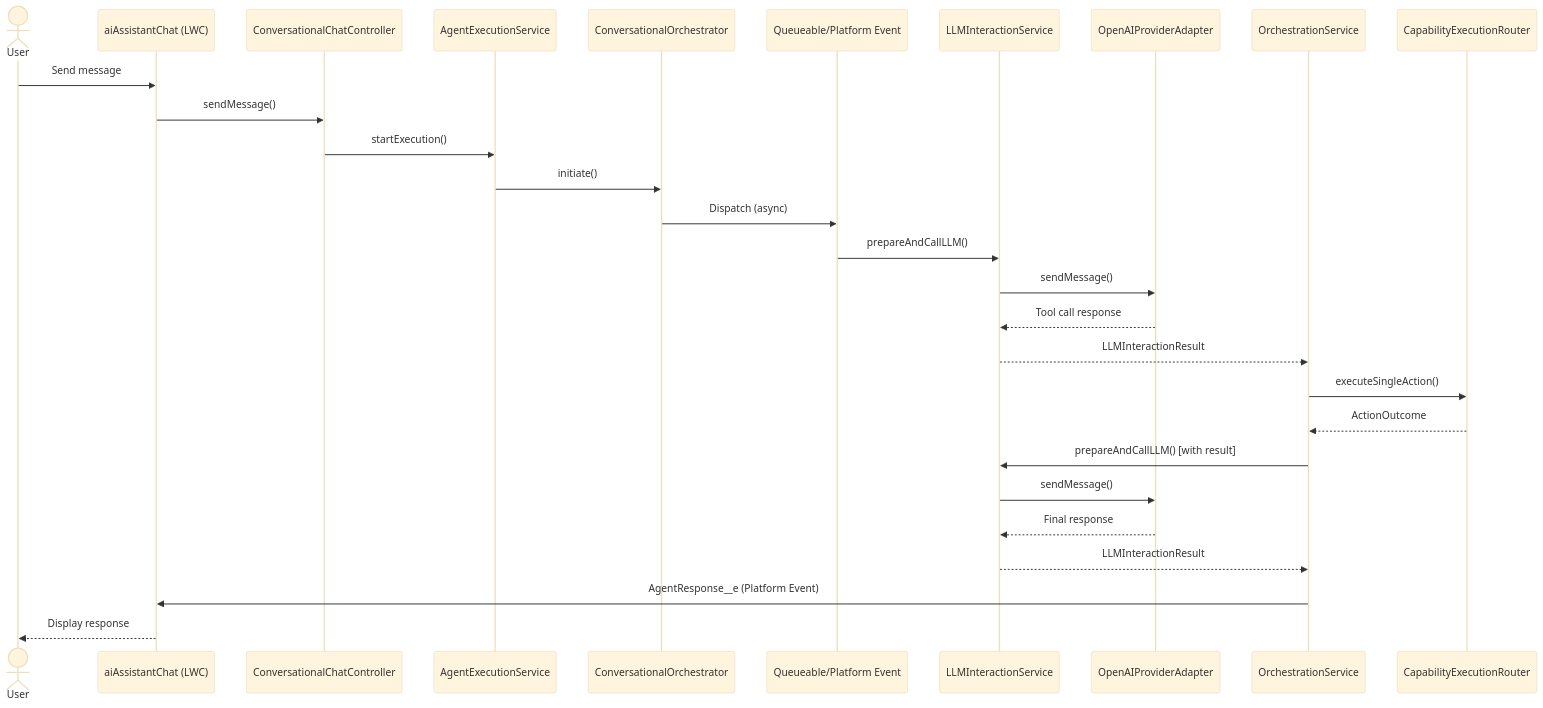
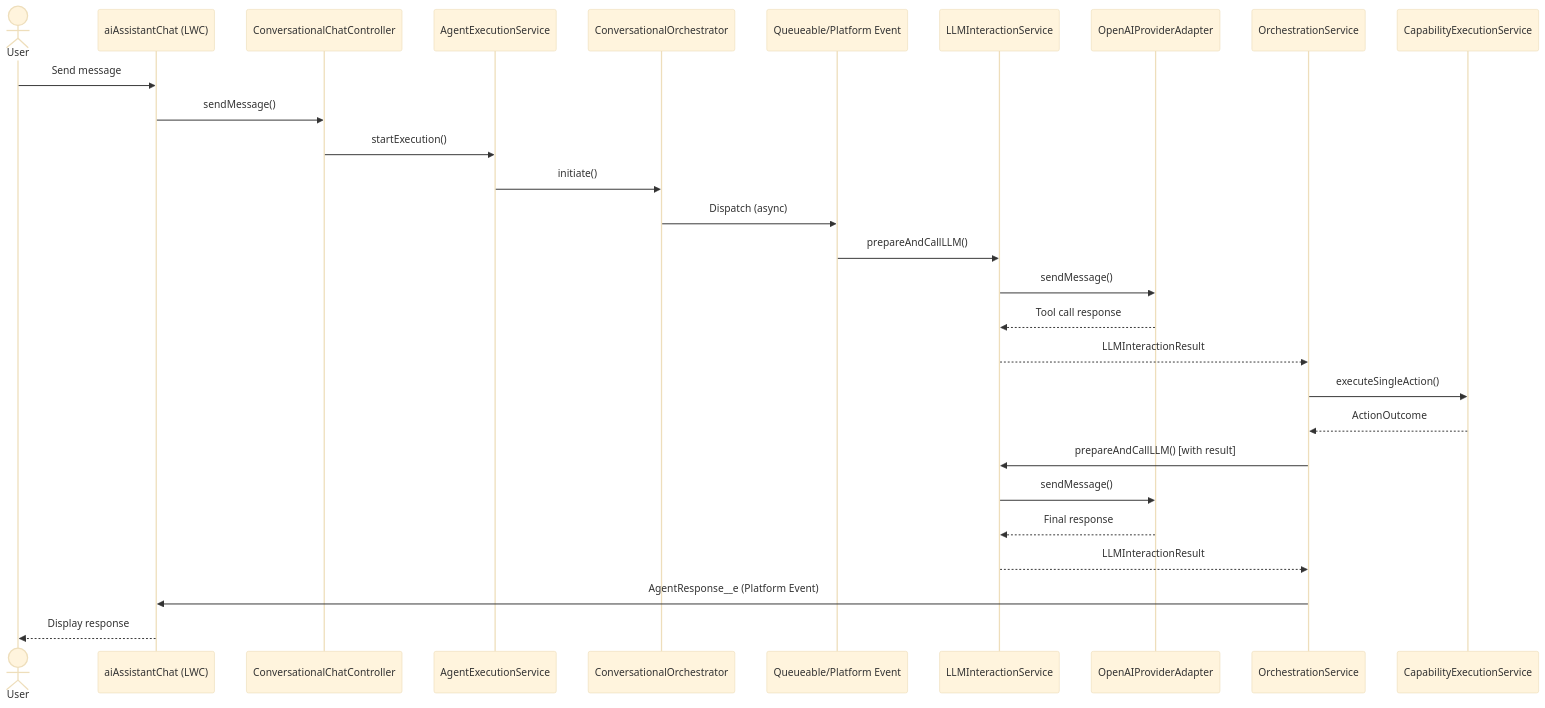
The first of 2 diagrams in README.md (iamsonal/aiAgentStudio), drawn with Mermaid (base theme) before and after one commit. The commit also changed other lines of this file, not shown here.

````diff
--- a/README.md
+++ b/README.md
@@ -323,31 +323,31 @@
 ```mermaid
 sequenceDiagram
     actor User
     participant UI as aiAssistantChat (LWC)
     participant Controller as ConversationalChatController
     participant ExecService as AgentExecutionService
     participant Orchestrator as ConversationalOrchestrator
     participant Async as Queueable/Platform Event
     participant LLM as LLMInteractionService
     participant Provider as OpenAIProviderAdapter
     participant OrchSvc as OrchestrationService
-    participant Router as CapabilityExecutionRouter
+    participant Router as CapabilityExecutionService
 
     User->>UI: Send message
     UI->>Controller: sendMessage()
     Controller->>ExecService: startExecution()
     ExecService->>Orchestrator: initiate()
     Orchestrator->>Async: Dispatch (async)
     Async->>LLM: prepareAndCallLLM()
     LLM->>Provider: sendMessage()
     Provider-->>LLM: Tool call response
     LLM-->>OrchSvc: LLMInteractionResult
     OrchSvc->>Router: executeSingleAction()
     Router-->>OrchSvc: ActionOutcome
     OrchSvc->>LLM: prepareAndCallLLM() [with result]
     LLM->>Provider: sendMessage()
     Provider-->>LLM: Final response
     LLM-->>OrchSvc: LLMInteractionResult
     OrchSvc->>UI: AgentResponse__e (Platform Event)
     UI-->>User: Display response
 ```
````
